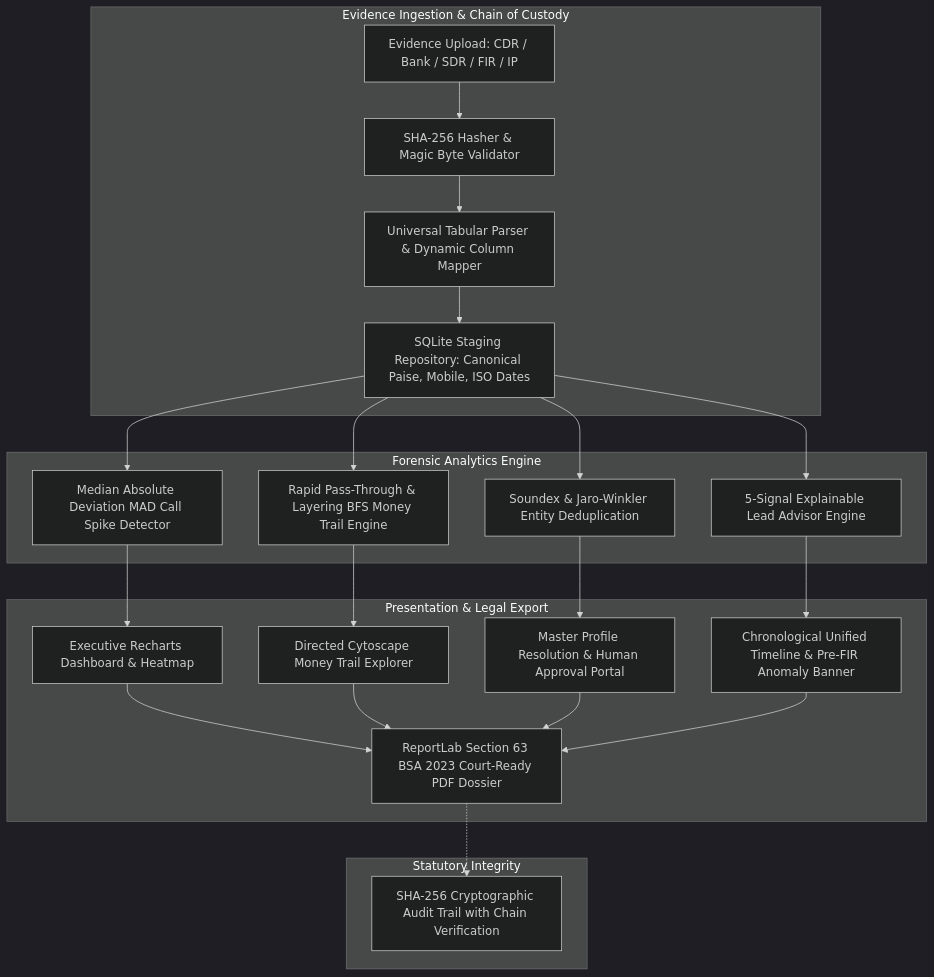
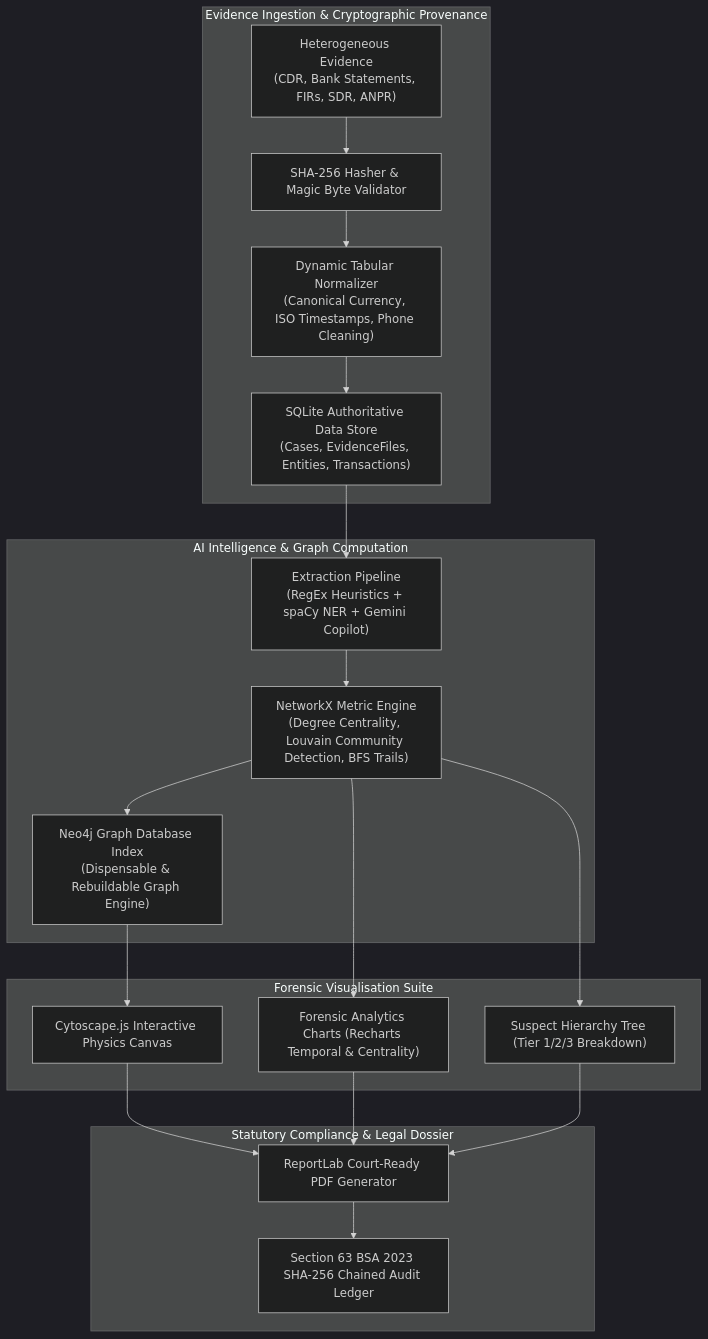
One commit to yatharth202-jpg/Case-Connect changed the diagram in README.md. Above: the diagram before and after it, drawn with Mermaid (dark theme). The commit also changed other lines of this file, not shown here.

Commit message:
docs: Overhaul README with comprehensive architecture, originality statement, and recruiter-focused technical documentation

````diff
--- a/README.md
+++ b/README.md
@@ -29,27 +56,25 @@
 ```mermaid
 graph TD
-    subgraph Evidence Ingestion & Chain of Custody
-        A[Evidence Upload: CDR / Bank / SDR / FIR / IP] --> B[SHA-256 Hasher & Magic Byte Validator]
-        B --> C[Universal Tabular Parser & Dynamic Column Mapper]
-        C --> D[SQLite Staging Repository: Canonical Paise, Mobile, ISO Dates]
+    subgraph Evidence Ingestion & Cryptographic Provenance
+        A["Heterogeneous Evidence<br/>(CDR, Bank Statements, FIRs, SDR, ANPR)"] --> B["SHA-256 Hasher & Magic Byte Validator"]
+        B --> C["Dynamic Tabular Normalizer<br/>(Canonical Currency, ISO Timestamps, Phone Cleaning)"]
+        C --> D["SQLite Authoritative Data Store<br/>(Cases, EvidenceFiles, Entities, Transactions)"]
     end
 
-    subgraph Forensic Analytics Engine
-        D --> E[Median Absolute Deviation MAD Call Spike Detector]
-        D --> F[Rapid Pass-Through & Layering BFS Money Trail Engine]
-        D --> G[Soundex & Jaro-Winkler Entity Deduplication]
-        D --> H[5-Signal Explainable Lead Advisor Engine]
+    subgraph AI Intelligence & Graph Computation
+        D --> E["Extraction Pipeline<br/>(RegEx Heuristics + spaCy NER + Gemini Copilot)"]
+        E --> F["NetworkX Metric Engine<br/>(Degree Centrality, Louvain Community Detection, BFS Trails)"]
+        F --> G["Neo4j Graph Database Index<br/>(Dispensable & Rebuildable Graph Engine)"]
     end
 
-    subgraph Presentation & Legal Export
-        E --> I[Executive Recharts Dashboard & Heatmap]
-        F --> J[Directed Cytoscape Money Trail Explorer]
-        G --> K[Master Profile Resolution & Human Approval Portal]
-        H --> L[Chronological Unified Timeline & Pre-FIR Anomaly Banner]
-        I & J & K & L --> M[ReportLab Section 63 BSA 2023 Court-Ready PDF Dossier]
+    subgraph Forensic Visualisation Suite
+        G --> H["Cytoscape.js Interactive Physics Canvas"]
+        F --> I["Forensic Analytics Charts (Recharts Temporal & Centrality)"]
+        F --> J["Suspect Hierarchy Tree (Tier 1/2/3 Breakdown)"]
     end
 
-    subgraph Statutory Integrity
-        M -.-> N[SHA-256 Cryptographic Audit Trail with Chain Verification]
+    subgraph Statutory Compliance & Legal Dossier
+        H & I & J --> K["ReportLab Court-Ready PDF Generator"]
+        K --> L["Section 63 BSA 2023 SHA-256 Chained Audit Ledger"]
     end
 ```
````
